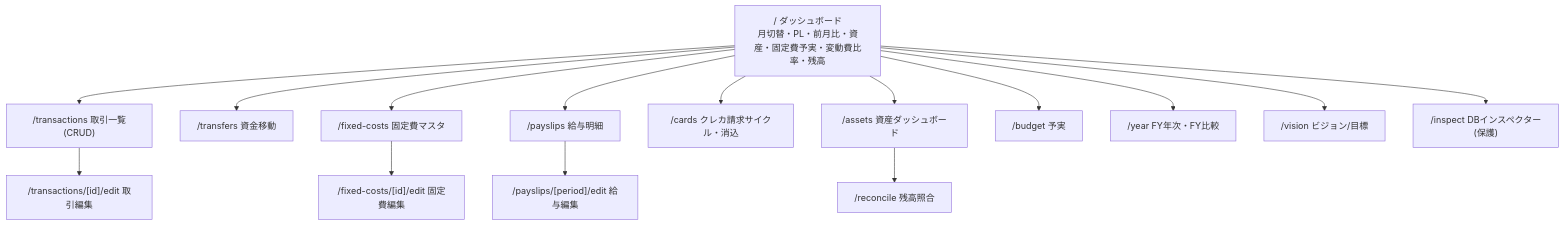
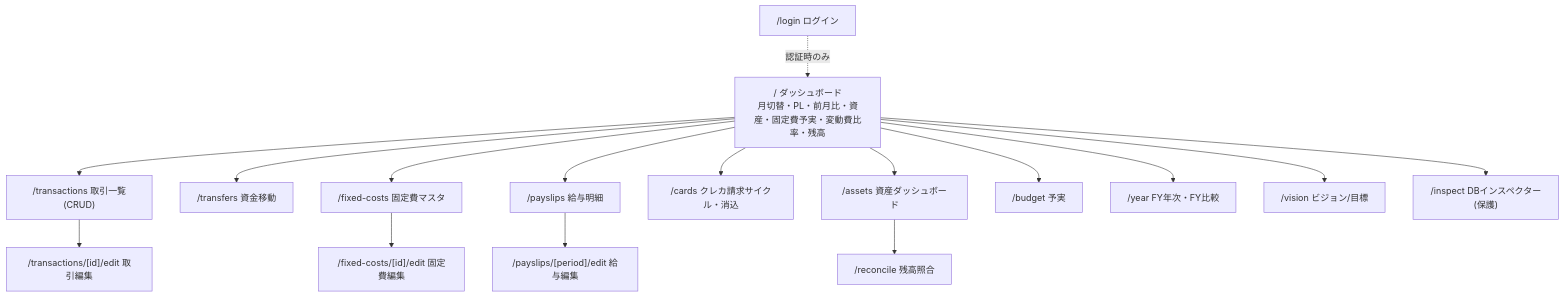
One commit to dev-web-creator/pl-management-app changed the diagram in docs/screens-and-api.md. Above: the diagram before and after it, drawn with Mermaid. The commit also changed other lines of this file and 38 other files, not shown here.

````diff
--- a/docs/screens-and-api.md
+++ b/docs/screens-and-api.md
@@ -7,18 +7,19 @@
 ```mermaid
 flowchart TD
   D["/ ダッシュボード<br/>月切替・PL・前月比・資産・固定費予実・変動費比率・残高"]
   D --> TX["/transactions 取引一覧(CRUD)"]
   TX --> TXE["/transactions/[id]/edit 取引編集"]
   D --> TR["/transfers 資金移動"]
   D --> FC["/fixed-costs 固定費マスタ"]
   FC --> FCE["/fixed-costs/[id]/edit 固定費編集"]
   D --> PS["/payslips 給与明細"]
   PS --> PSE["/payslips/[period]/edit 給与編集"]
   D --> CD["/cards クレカ請求サイクル・消込"]
   D --> AS["/assets 資産ダッシュボード"]
   AS --> RC["/reconcile 残高照合"]
   D --> BG["/budget 予実"]
   D --> YR["/year FY年次・FY比較"]
   D --> VS["/vision ビジョン/目標"]
   D --> IN["/inspect DBインスペクター(保護)"]
+  LG["/login ログイン"] -.認証時のみ.-> D
 ```
````
